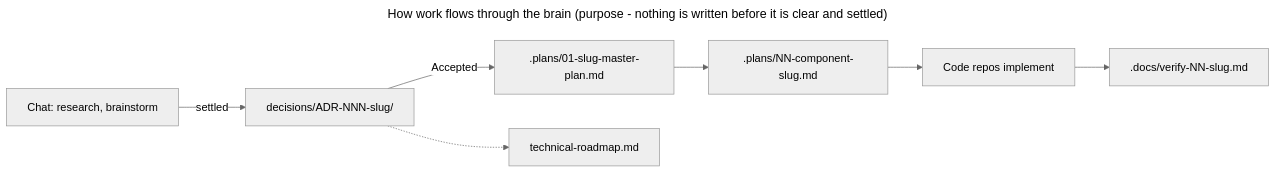
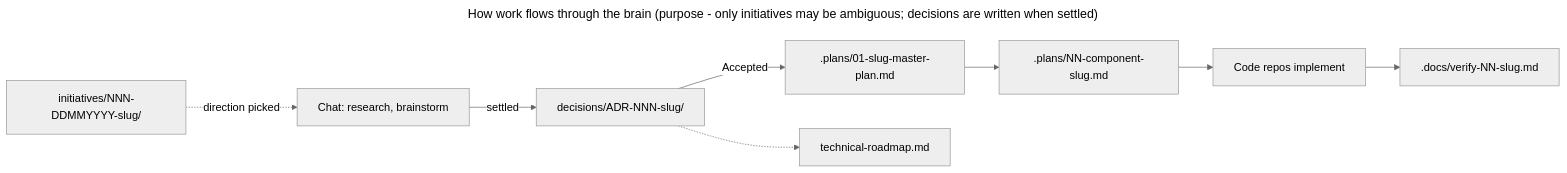
One commit to huydoansg/my-skills-my-rules-my-agents changed the diagram in brain-template/README.md. Above: the diagram before and after it, drawn with Mermaid (neutral theme). The commit also changed other lines of this file and 20 other files, not shown here.

First line of the commit message:
feat(initiatives): initiative folders, shared roadmap and initiative-shaping skill

````diff
--- a/brain-template/README.md
+++ b/brain-template/README.md
@@ -17,12 +18,13 @@
 ```mermaid
 ---
-title: How work flows through the brain (purpose - nothing is written before it is clear and settled)
+title: How work flows through the brain (purpose - only initiatives may be ambiguous; decisions are written when settled)
 ---
 flowchart LR
+  I[initiatives/NNN-DDMMYYYY-slug/] -.direction picked.-> C
   C[Chat: research, brainstorm] -->|settled| A[decisions/ADR-NNN-slug/]
   A -->|Accepted| M[.plans/01-slug-master-plan.md]
   M --> P[.plans/NN-component-slug.md]
   P --> R[Code repos implement]
   R --> V[.docs/verify-NN-slug.md]
   A -.-> T[technical-roadmap.md]
 ```
````
